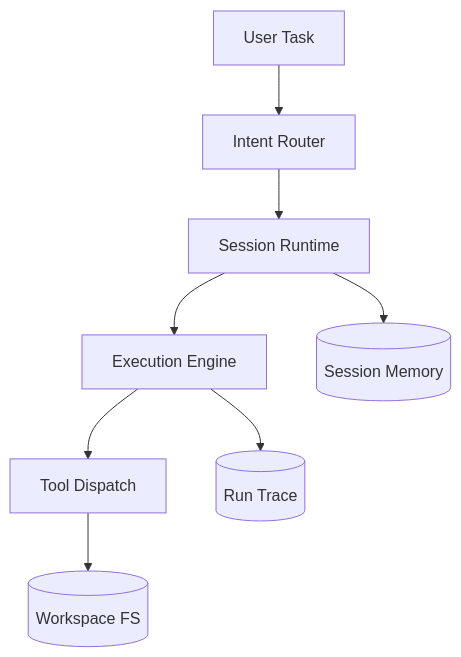
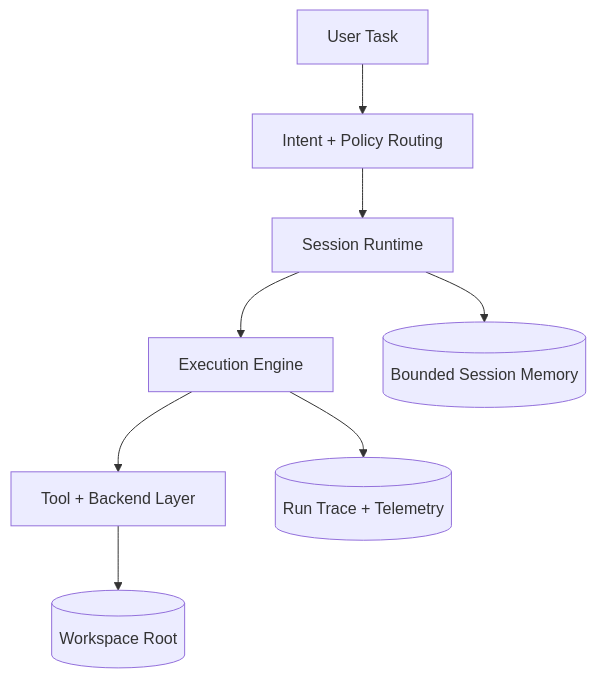
One commit to Angeles-HO/architecture-portfolio changed the diagram in projects/telvyn/README.md. Above: the diagram before and after it, drawn with Mermaid. The commit also changed other lines of this file, not shown here.

Commit message:
Revise Telvyn README for clarity and detail, enhancing project description, status, and architectural insights

````diff
--- a/projects/telvyn/README.md
+++ b/projects/telvyn/README.md
@@ -17,19 +26,19 @@
 ```mermaid
 graph TB
   User[User Task]
-  Router[Intent Router]
+  Router[Intent + Policy Routing]
   Session[Session Runtime]
   Executor[Execution Engine]
-  Tools[Tool Dispatch]
-  Workspace[(Workspace FS)]
-  Memory[(Session Memory)]
-  Trace[(Run Trace)]
+  Tools[Tool + Backend Layer]
+  Workspace[(Workspace Root)]
+  Memory[(Bounded Session Memory)]
+  Trace[(Run Trace + Telemetry)]
 
   User --> Router
   Router --> Session
   Session --> Executor
   Executor --> Tools
   Tools --> Workspace
   Session --> Memory
   Executor --> Trace
 ```
````
